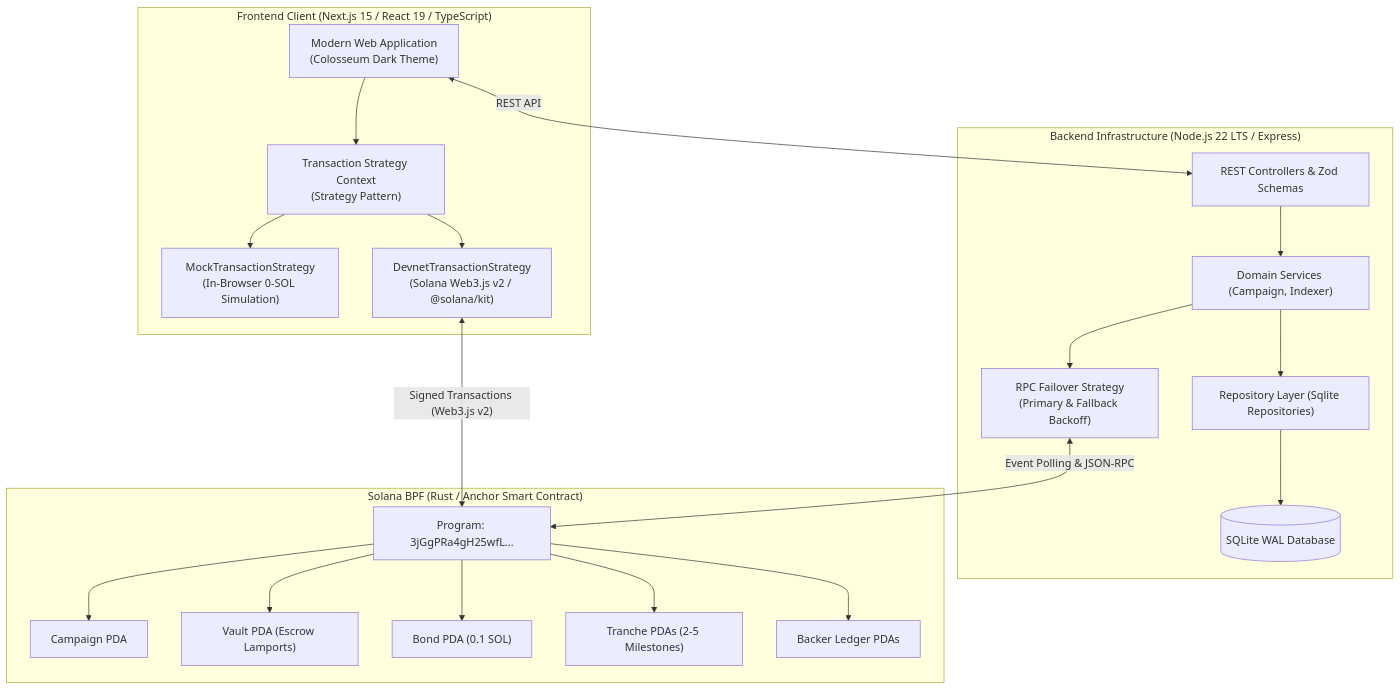
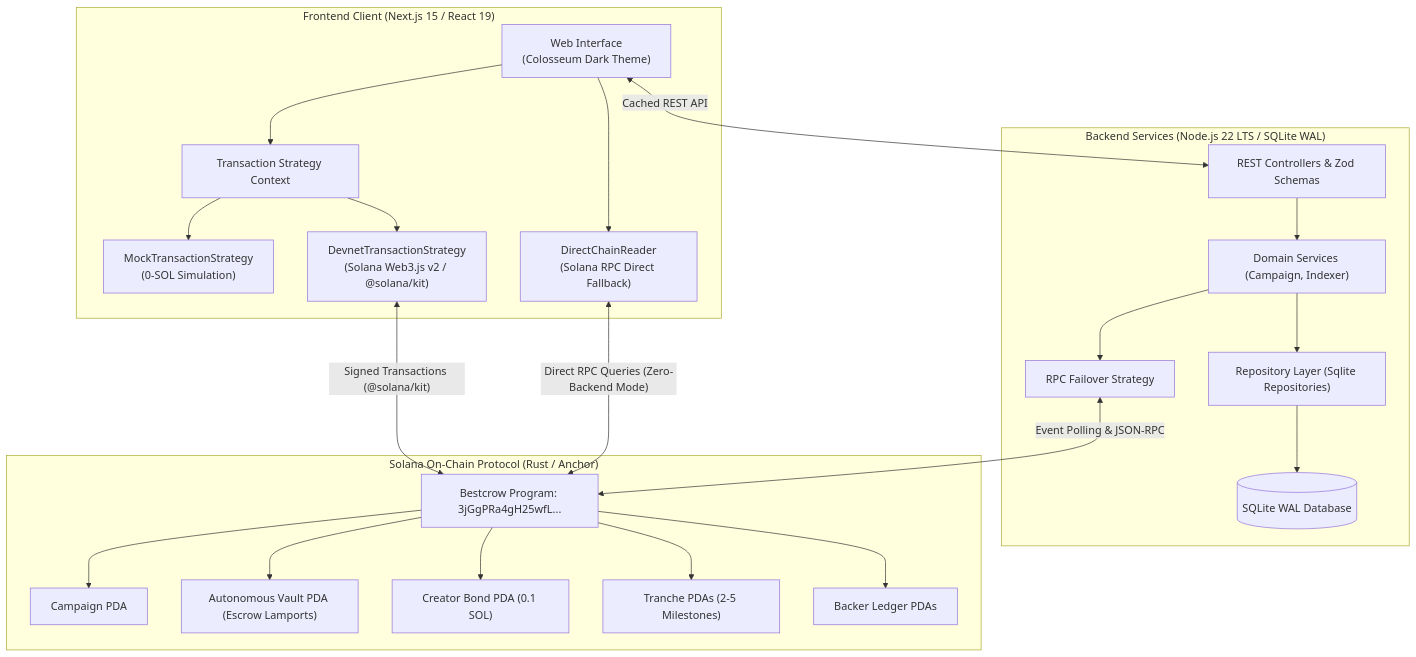
Before and after one commit to StanislawGolec/bestcrow-enterprise: the diagram in README.md, drawn with Mermaid. The commit also changed other lines of this file, not shown here.

````diff
--- a/README.md
+++ b/README.md
@@ -26,44 +32,48 @@
 ```mermaid
 flowchart TD
-    subgraph ClientLayer["Frontend Client (Next.js 15 / React 19 / TypeScript)"]
-        UI["Modern Web Application<br/>(Colosseum Dark Theme)"]
-        StratCtx["Transaction Strategy Context<br/>(Strategy Pattern)"]
-        MockStrat["MockTransactionStrategy<br/>(In-Browser 0-SOL Simulation)"]
+    subgraph ClientLayer["Frontend Client (Next.js 15 / React 19)"]
+        UI["Web Interface<br/>(Colosseum Dark Theme)"]
+        StratCtx["Transaction Strategy Context"]
+        MockStrat["MockTransactionStrategy<br/>(0-SOL Simulation)"]
         DevnetStrat["DevnetTransactionStrategy<br/>(Solana Web3.js v2 / @solana/kit)"]
+        DirectReader["DirectChainReader<br/>(Solana RPC Direct Fallback)"]
+        
         UI --> StratCtx
         StratCtx --> MockStrat
         StratCtx --> DevnetStrat
+        UI --> DirectReader
     end
 
-    subgraph BackendLayer["Backend Infrastructure (Node.js 22 LTS / Express)"]
+    subgraph BackendLayer["Backend Services (Node.js 22 LTS / SQLite WAL)"]
         API["REST Controllers & Zod Schemas"]
         Domain["Domain Services (Campaign, Indexer)"]
         Repo["Repository Layer (Sqlite Repositories)"]
-        RpcStrat["RPC Failover Strategy<br/>(Primary & Fallback Backoff)"]
+        RpcStrat["RPC Failover Strategy"]
         DB[(SQLite WAL Database)]
 
         API --> Domain
         Domain --> Repo
         Repo --> DB
         Domain --> RpcStrat
     end
 
-    subgraph SolanaBlockchain["Solana BPF (Rust / Anchor Smart Contract)"]
-        Prog["Program: 3jGgPRa4gH25wfL..."]
+    subgraph SolanaBlockchain["Solana On-Chain Protocol (Rust / Anchor)"]
+        Prog["Bestcrow Program: 3jGgPRa4gH25wfL..."]
         CampaignPDA["Campaign PDA"]
-        VaultPDA["Vault PDA (Escrow Lamports)"]
-        BondPDA["Bond PDA (0.1 SOL)"]
+        VaultPDA["Autonomous Vault PDA (Escrow Lamports)"]
+        BondPDA["Creator Bond PDA (0.1 SOL)"]
         TranchePDA["Tranche PDAs (2-5 Milestones)"]
         BackerPDA["Backer Ledger PDAs"]
 
         Prog --> CampaignPDA
         Prog --> VaultPDA
         Prog --> BondPDA
         Prog --> TranchePDA
         Prog --> BackerPDA
     end
 
-    DevnetStrat <-->|"Signed Transactions (Web3.js v2)"| Prog
+    DevnetStrat <-->|"Signed Transactions (@solana/kit)"| Prog
+    DirectReader <-->|"Direct RPC Queries (Zero-Backend Mode)"| Prog
     RpcStrat <-->|"Event Polling & JSON-RPC"| Prog
-    UI <-->|"REST API"| API
+    UI <-->|"Cached REST API"| API
 ```
````
